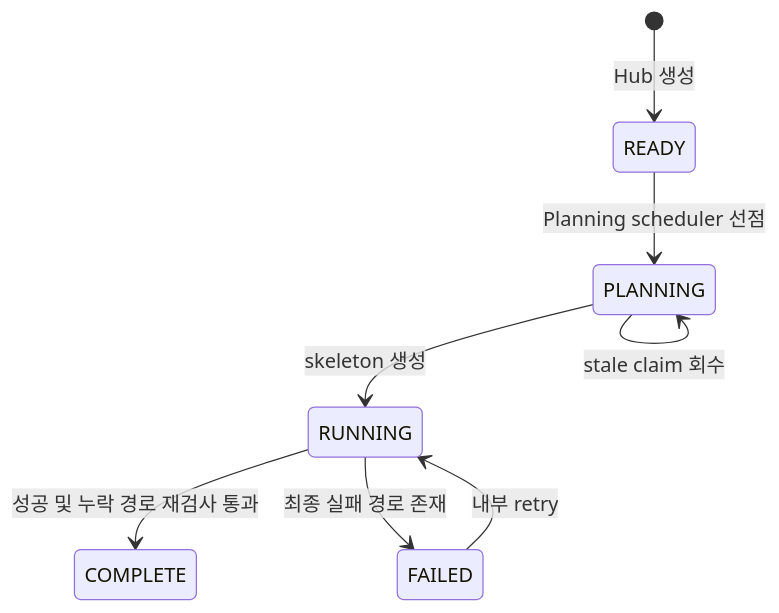
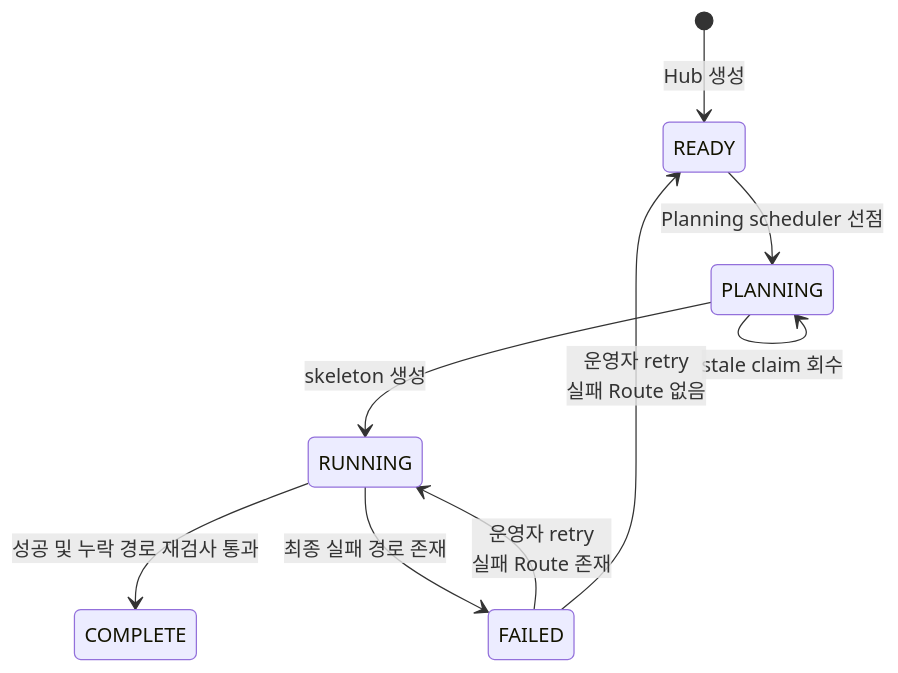
Before and after one commit to jumun-personal/hub: the third of 7 diagrams in docs/hub-route-job-pipeline.md, drawn with Mermaid. The commit also changed other lines of this file and 2 other files, not shown here.

Commit message:
docs(hub-route): 문서 갱신

````diff
--- a/docs/hub-route-job-pipeline.md
+++ b/docs/hub-route-job-pipeline.md
@@ -59,10 +68,11 @@
 ```mermaid
 stateDiagram-v2
     [*] --> READY: Hub 생성
     READY --> PLANNING: Planning scheduler 선점
     PLANNING --> RUNNING: skeleton 생성
     PLANNING --> PLANNING: stale claim 회수
     RUNNING --> COMPLETE: 성공 및 누락 경로 재검사 통과
     RUNNING --> FAILED: 최종 실패 경로 존재
-    FAILED --> RUNNING: 내부 retry
+    FAILED --> RUNNING: 운영자 retry<br/>실패 Route 존재
+    FAILED --> READY: 운영자 retry<br/>실패 Route 없음
 ```
````
